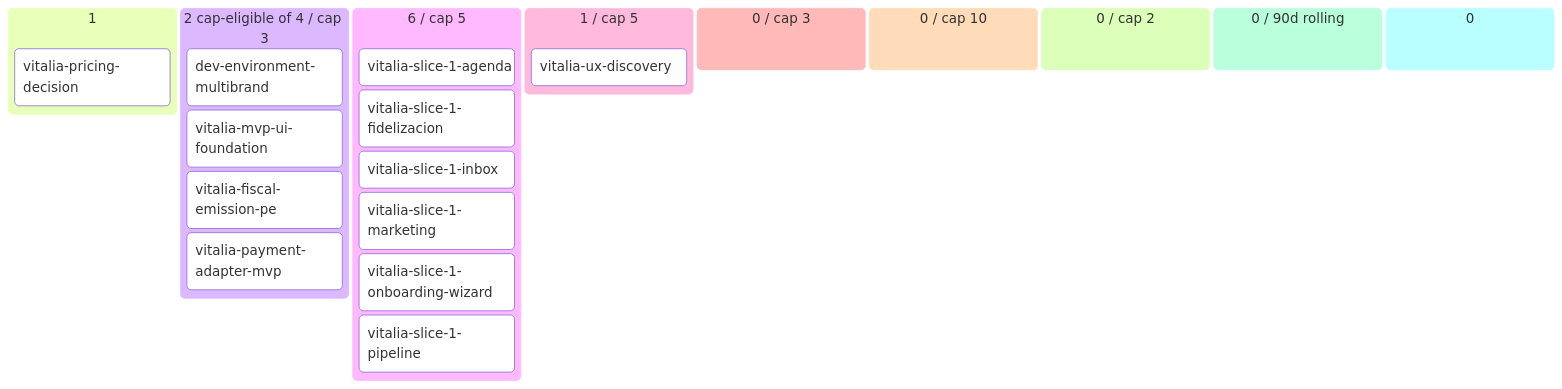
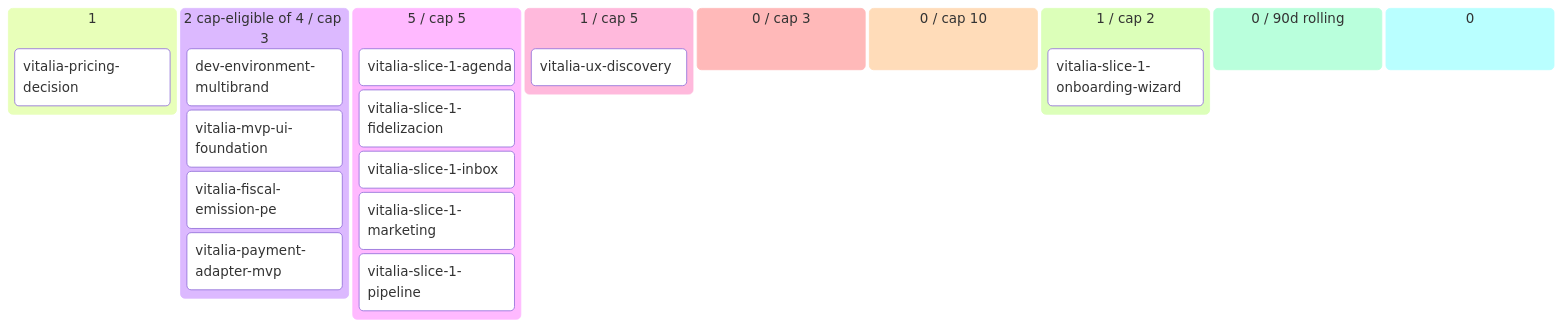
The diagram in vitalia/docs/product/BACKLOG.md (alpaca-purpura/luana-platform), drawn with Mermaid before and after one commit. The commit also changed other lines of this file and 83 other files, not shown here.

````diff
--- a/vitalia/docs/product/BACKLOG.md
+++ b/vitalia/docs/product/BACKLOG.md
@@ -50,24 +46,24 @@
 ```mermaid
 kanban
   💡 Ideas (1)
     vitalia-pricing-decision[vitalia-pricing-decision]
   🔬 Refining (2 cap-eligible of 4 / cap 3)
     dev-environment-multibrand[dev-environment-multibrand]
     vitalia-mvp-ui-foundation[vitalia-mvp-ui-foundation]
     vitalia-fiscal-emission-pe[vitalia-fiscal-emission-pe]
     vitalia-payment-adapter-mvp[vitalia-payment-adapter-mvp]
-  ✅ Refined (6 / cap 5)
+  ✅ Refined (5 / cap 5)
     vitalia-slice-1-agenda[vitalia-slice-1-agenda]
     vitalia-slice-1-fidelizacion[vitalia-slice-1-fidelizacion]
     vitalia-slice-1-inbox[vitalia-slice-1-inbox]
     vitalia-slice-1-marketing[vitalia-slice-1-marketing]
-    vitalia-slice-1-onboarding-wiz[vitalia-slice-1-onboarding-wizard]
     vitalia-slice-1-pipeline[vitalia-slice-1-pipeline]
   📦 Ready (1 / cap 5)
     vitalia-ux-discovery[vitalia-ux-discovery]
   🔨 Developing (0 / cap 3)
   🧪 Developed (0 / cap 10)
-  🔍 Reviewing (0 / cap 2)
+  🔍 Reviewing (1 / cap 2)
+    vitalia-slice-1-onboarding-wiz[vitalia-slice-1-onboarding-wizard]
   ✅ Done (0 / 90d rolling)
   🅿 Parked (0)
 ```
````
